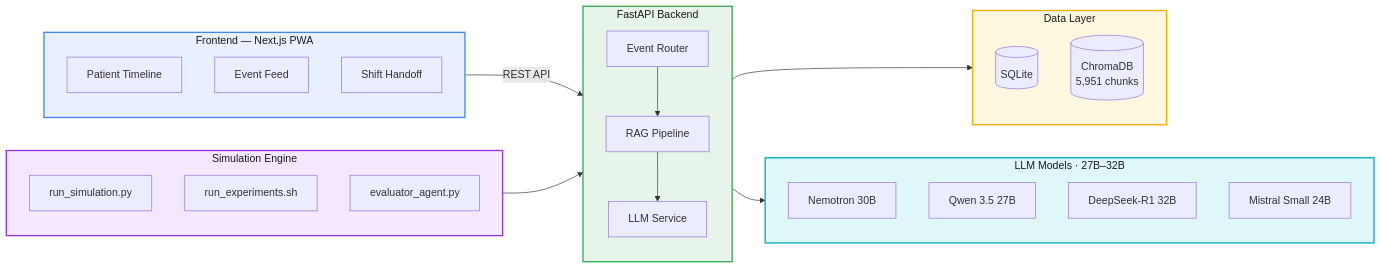
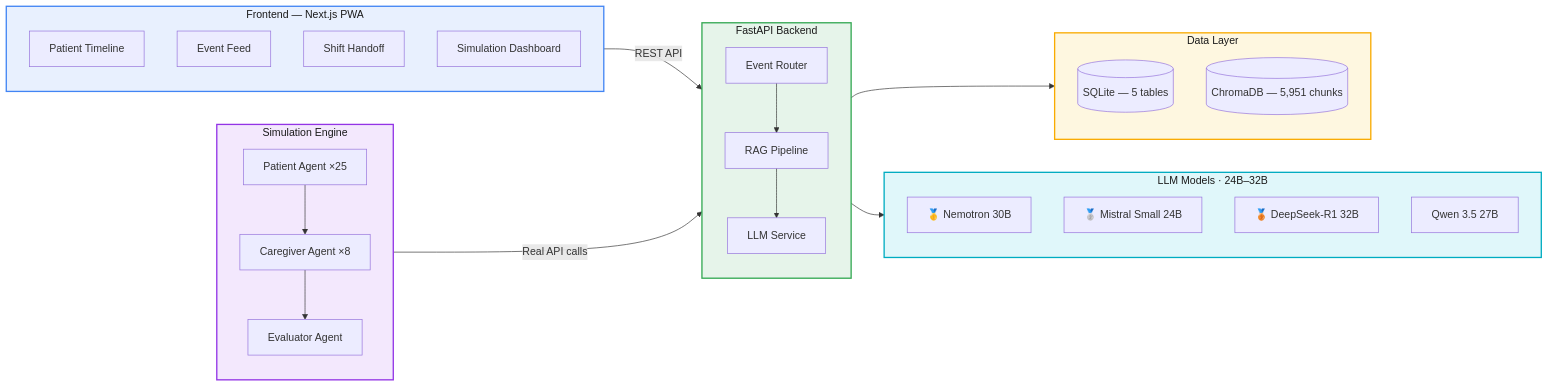
Before and after one commit to GuilinDev/Multi-Agents-AD: the diagram in README.md, drawn with Mermaid. The commit also changed other lines of this file, not shown here.

````diff
--- a/README.md
+++ b/README.md
@@ -82,49 +199,51 @@
 ```mermaid
 graph LR
     subgraph Frontend["Frontend — Next.js PWA"]
         direction TB
         F1[Patient Timeline]
         F2[Event Feed]
         F3[Shift Handoff]
+        F4[Simulation Dashboard]
     end
 
     subgraph Core["FastAPI Backend"]
         direction TB
         ER[Event Router]
         RAG[RAG Pipeline]
         LLM[LLM Service]
         ER --> RAG --> LLM
     end
 
     subgraph Data["Data Layer"]
         direction TB
-        SQL[(SQLite)]
-        Chroma[(ChromaDB<br/>5,951 chunks)]
+        SQL[(SQLite — 5 tables)]
+        Chroma[(ChromaDB — 5,951 chunks)]
     end
 
     subgraph Sim["Simulation Engine"]
         direction TB
-        RUN[run_simulation.py]
-        EXP[run_experiments.sh]
-        EVAL[evaluator_agent.py]
+        PA[Patient Agent ×25]
+        CA[Caregiver Agent ×8]
+        EA[Evaluator Agent]
+        PA --> CA --> EA
     end
 
-    subgraph Models["LLM Models · 27B–32B"]
+    subgraph Models["LLM Models · 24B–32B"]
         direction TB
-        M1["Nemotron 30B"]
-        M2["Qwen 3.5 27B"]
-        M3["DeepSeek-R1 32B"]
-        M4["Mistral Small 24B"]
+        M1["🥇 Nemotron 30B"]
+        M2["🥈 Mistral Small 24B"]
+        M3["🥉 DeepSeek-R1 32B"]
+        M4["Qwen 3.5 27B"]
     end
 
     Frontend -- REST API --> Core
     Core --> Data
-    Sim --> Core
+    Sim -- Real API calls --> Core
     LLM --> Models
 
     style Frontend fill:#e8f0fe,stroke:#4285f4,stroke-width:2px,color:#1a1a1a
     style Core fill:#e6f4ea,stroke:#34a853,stroke-width:2px,color:#1a1a1a
     style Data fill:#fef7e0,stroke:#f9ab00,stroke-width:2px,color:#1a1a1a
     style Sim fill:#f3e8fd,stroke:#9334e6,stroke-width:2px,color:#1a1a1a
     style Models fill:#e0f7fa,stroke:#00acc1,stroke-width:2px,color:#1a1a1a
 ```
````
